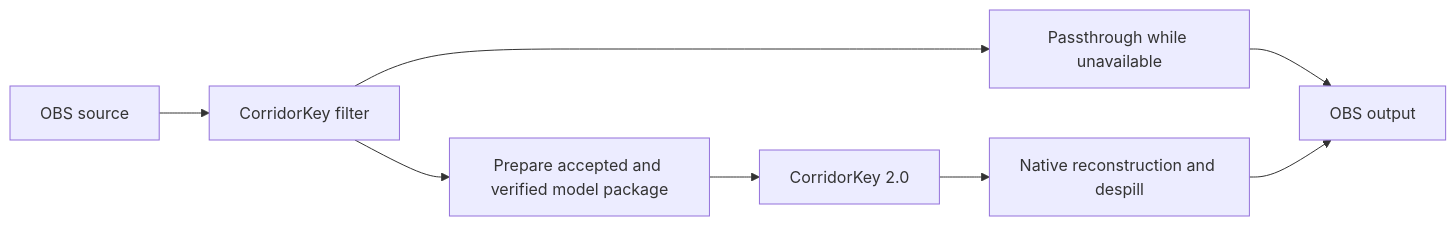
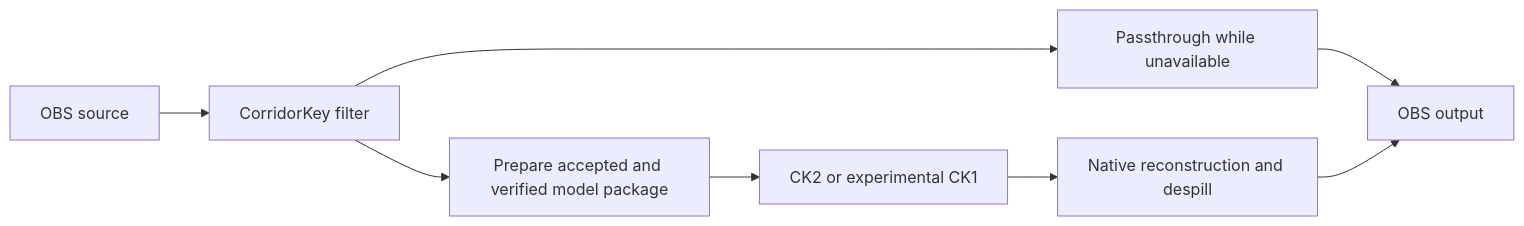
One commit to MinersWin/CorridorKey-for-OBS changed the diagram in README.md. Above: the diagram before and after it, drawn with Mermaid. The commit also changed other lines of this file and 9 other files, not shown here.

````diff
--- a/README.md
+++ b/README.md
@@ -25,9 +28,9 @@
 ```mermaid
 flowchart LR
   input[OBS source] --> filter[CorridorKey filter]
   filter --> passthrough[Passthrough while unavailable] --> output[OBS output]
   filter --> prep[Prepare accepted and verified model package]
-  prep --> model[CorridorKey 2.0]
+  prep --> model[CK2 or experimental CK1]
   model --> composite[Native reconstruction and despill]
   composite --> output
 ```
````
